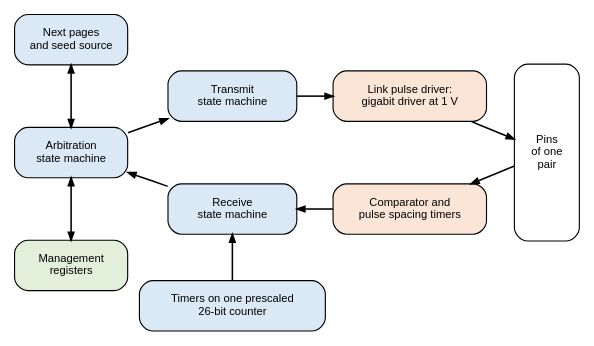
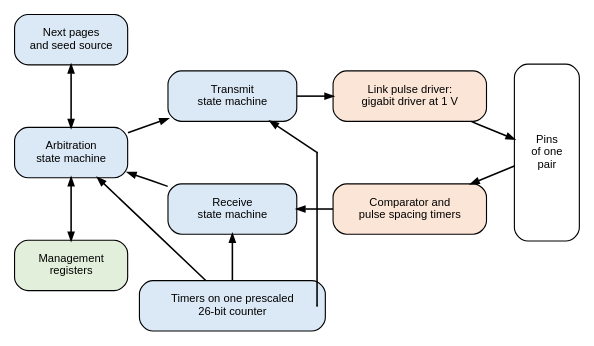
The diagram in docs/ethernet/phy-electrical/integration/control-blocks.dot (mithro/evampire), drawn with Graphviz before and after one commit. The commit also changed 14 other files, not shown here.

First line of the commit message:
Fix diagram content and page text after review

```diff
--- a/docs/ethernet/phy-electrical/integration/control-blocks.dot
+++ b/docs/ethernet/phy-electrical/integration/control-blocks.dot
@@ -1,35 +1,42 @@
 // The control blocks of an integrated transceiver for autonegotiation:
 // the link pulse driver and comparator at the pins, the transmit, receive
 // and arbitration state machines, the next-page logic with its seed
-// source, the timers on one shared counter, and the registers.
+// source, the timers on one shared counter, which all three state
+// machines use, and the registers.
 //
 // SPDX-License-Identifier: Apache-2.0
 
 digraph control {
     graph [layout=neato, splines=false, overlap=true, fontname="Helvetica",
            size="7.4,3.4"];
     node  [shape=box, style="rounded,filled", fillcolor="#dbe8f5",
            fontname="Helvetica", fontsize=10, width=1.6, height=0.62,
            fixedsize=true];
     edge  [fontname="Helvetica", fontsize=9, arrowsize=0.7, penwidth=1.4];
 
     pins [pos="6.6,1.6!", width=0.8, height=2.2, label="Pins\nof one\npair", fillcolor="#ffffff"];
     drv  [pos="4.9,2.3!", width=1.9, label="Link pulse driver:\ngigabit driver at 1 V", fillcolor="#fbe5d6"];
     cmp  [pos="4.9,0.9!", width=1.9, label="Comparator and\npulse spacing timers", fillcolor="#fbe5d6"];
     tx   [pos="2.7,2.3!", label="Transmit\nstate machine"];
     rx   [pos="2.7,0.9!", label="Receive\nstate machine"];
     arb  [pos="0.7,1.6!", width=1.4, label="Arbitration\nstate machine"];
     np   [pos="0.7,3.0!", width=1.4, label="Next pages\nand seed source"];
     tim  [pos="2.7,-0.3!", width=2.3, label="Timers on one prescaled\n26-bit counter"];
     reg  [pos="0.7,0.2!", width=1.4, label="Management\nregisters", fillcolor="#e2efda"];
 
     tx -> drv;
     drv -> pins;
     pins -> cmp;
     cmp -> rx;
     arb -> tx;
     rx -> arb;
     np -> arb [dir=both];
     tim -> rx;
+    tim -> arb;
+    p1 [pos="3.75,-0.3!", shape=point, width=0.01];
+    p2 [pos="3.75,1.6!", shape=point, width=0.01];
+    tim -> p1 [arrowhead=none];
+    p1 -> p2 [arrowhead=none];
+    p2 -> tx;
     reg -> arb [dir=both];
 }
```
